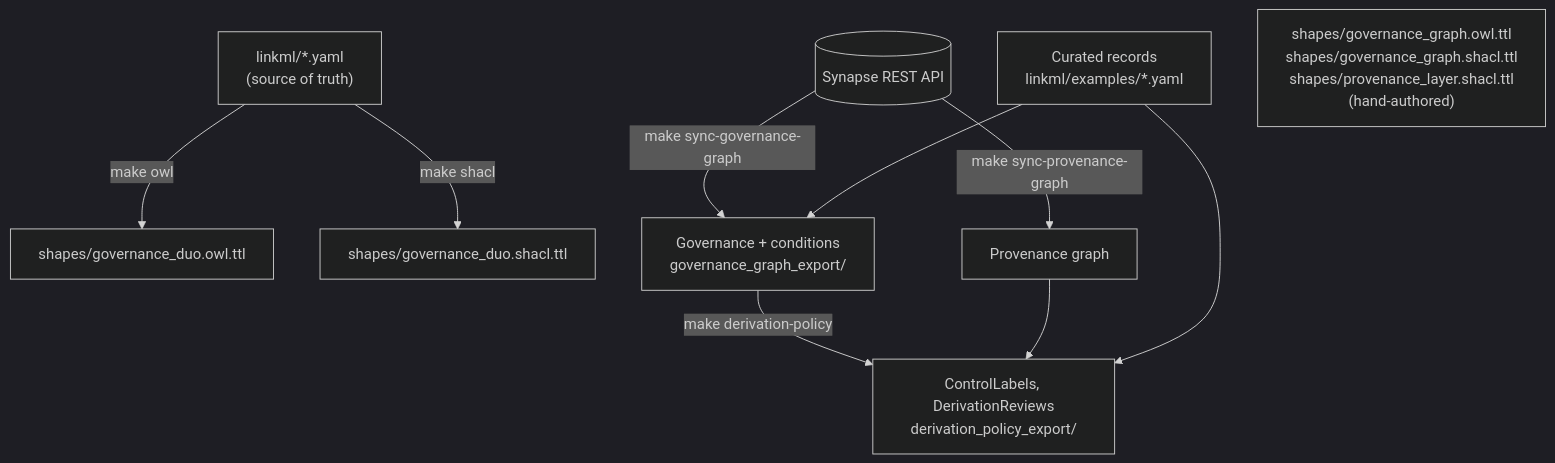
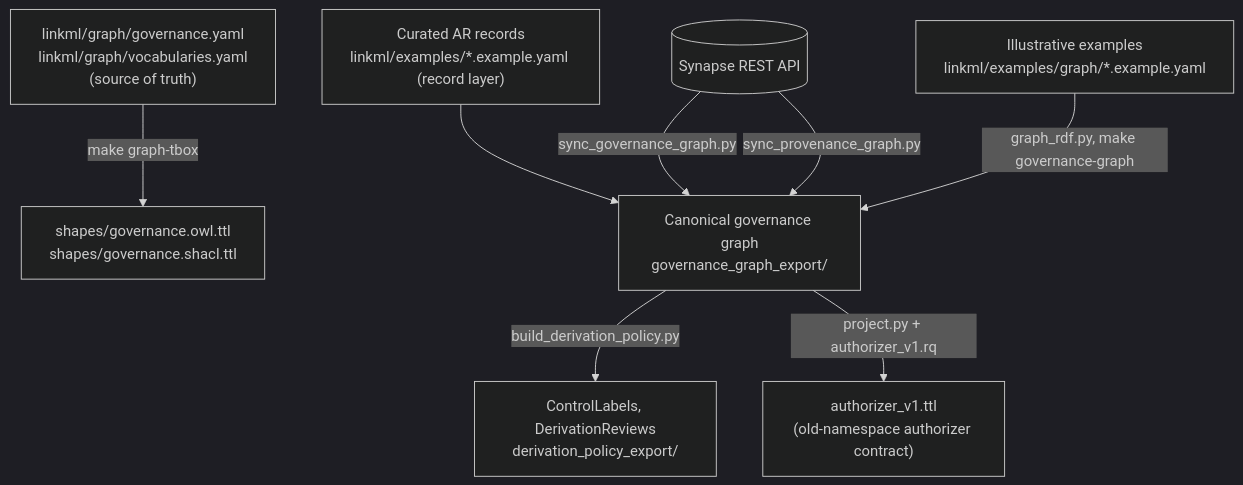
The second of 2 diagrams in docs/graph-design.md (mc2-center/governanceDUO), drawn with Mermaid (dark theme) before and after one commit. The commit also changed other lines of this file and 1 other file, not shown here.

````diff
--- a/docs/graph-design.md
+++ b/docs/graph-design.md
@@ -264,17 +324,17 @@
 ```mermaid
 flowchart TD
-    schema["linkml/*.yaml<br/>(source of truth)"]
-    records["Curated records<br/>linkml/examples/*.yaml"]
+    schema["linkml/graph/governance.yaml<br/>linkml/graph/vocabularies.yaml<br/>(source of truth)"]
+    records["Curated AR records<br/>linkml/examples/*.example.yaml (record layer)"]
+    examples["Illustrative examples<br/>linkml/examples/graph/*.example.yaml"]
     synapse[("Synapse REST API")]
 
-    schema -->|make owl| owl["shapes/governance_duo.owl.ttl"]
-    schema -->|make shacl| shacl["shapes/governance_duo.shacl.ttl"]
-    hand["shapes/governance_graph.owl.ttl<br/>shapes/governance_graph.shacl.ttl<br/>shapes/provenance_layer.shacl.ttl<br/>(hand-authored)"]
+    schema -->|make graph-tbox| tbox["shapes/governance.owl.ttl<br/>shapes/governance.shacl.ttl"]
 
-    synapse -->|make sync-governance-graph| gg["Governance + conditions<br/>governance_graph_export/"]
+    synapse -->|sync_governance_graph.py| gg["Canonical governance graph<br/>governance_graph_export/"]
     records --> gg
-    synapse -->|make sync-provenance-graph| pg["Provenance graph"]
-    gg -->|make derivation-policy| dp["ControlLabels, DerivationReviews<br/>derivation_policy_export/"]
-    pg --> dp
-    records --> dp
+    synapse -->|sync_provenance_graph.py| gg
+    examples -->|graph_rdf.py, make governance-graph| gg
+
+    gg -->|build_derivation_policy.py| dp["ControlLabels, DerivationReviews<br/>derivation_policy_export/"]
+    gg -->|project.py + authorizer_v1.rq| proj["authorizer_v1.ttl<br/>(old-namespace authorizer contract)"]
 ```
````
